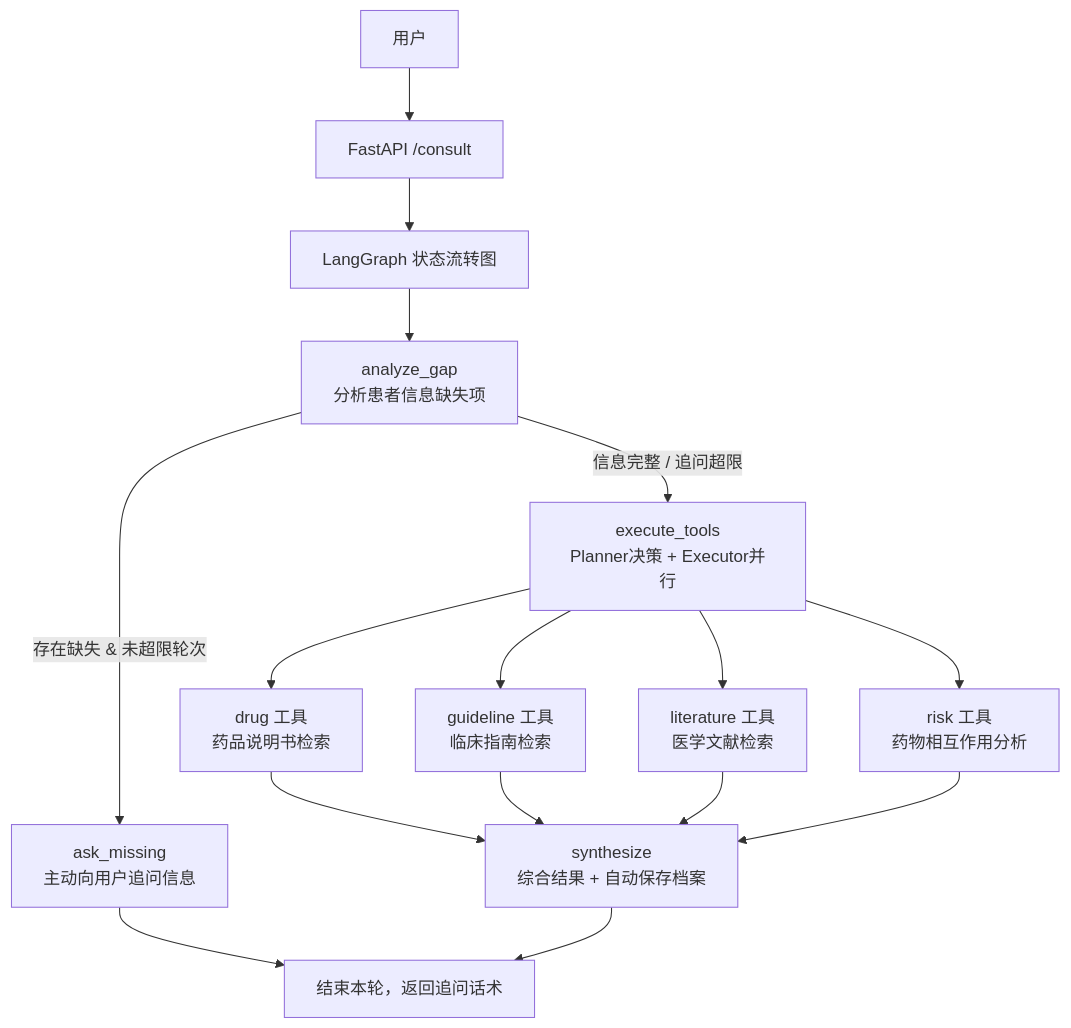
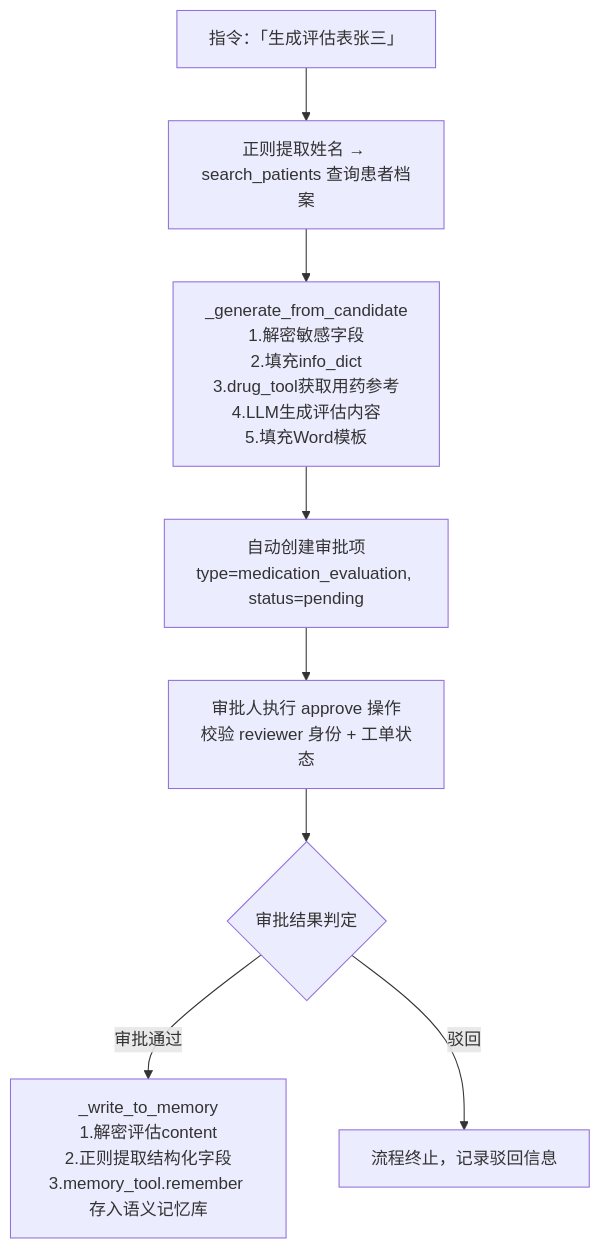
One commit to Dillon-Xue/med_agent_v1 changed the third of 5 diagrams in README.md. Above: the diagram before and after it, drawn with Mermaid. The commit also changed other lines of this file, not shown here.

````diff
--- a/README.md
+++ b/README.md
@@ -410,18 +252,10 @@
 ```mermaid
-graph TD
-    A[用户] --> B[FastAPI /consult]
-    B --> C[LangGraph 状态流转图]
-    C --> D[analyze_gap<br>分析患者信息缺失项]
-    D -->|存在缺失 & 未超限轮次| E[ask_missing<br>主动向用户追问信息]
-    D -->|信息完整 / 追问超限| F[execute_tools<br>Planner决策 + Executor并行]
-    E --> Z[结束本轮，返回追问话术]
-    F --> G[drug 工具<br>药品说明书检索]
-    F --> H[guideline 工具<br>临床指南检索]
-    F --> I[literature 工具<br>医学文献检索]
-    F --> J[risk 工具<br>药物相互作用分析]
-    G --> K[synthesize<br>综合结果 + 自动保存档案]
-    H --> K
-    I --> K
-    J --> K
-    K --> Z
+flowchart TD
+    A["指令：「生成评估表张三」"] --> B["正则提取姓名 → search_patients 查询患者档案"]
+    B --> C["_generate_from_candidate<br>1.解密敏感字段<br>2.填充info_dict<br>3.drug_tool获取用药参考<br>4.LLM生成评估内容<br>5.填充Word模板"]
+    C --> D["自动创建审批项<br>type=medication_evaluation, status=pending"]
+    D --> E["审批人执行 approve 操作<br>校验 reviewer 身份 + 工单状态"]
+    E --> F{审批结果判定}
+    F -->|审批通过| G["_write_to_memory<br>1.解密评估content<br>2.正则提取结构化字段<br>3.memory_tool.remember 存入语义记忆库"]
+    F -->|驳回| H["流程终止，记录驳回信息"]
 ```
````
